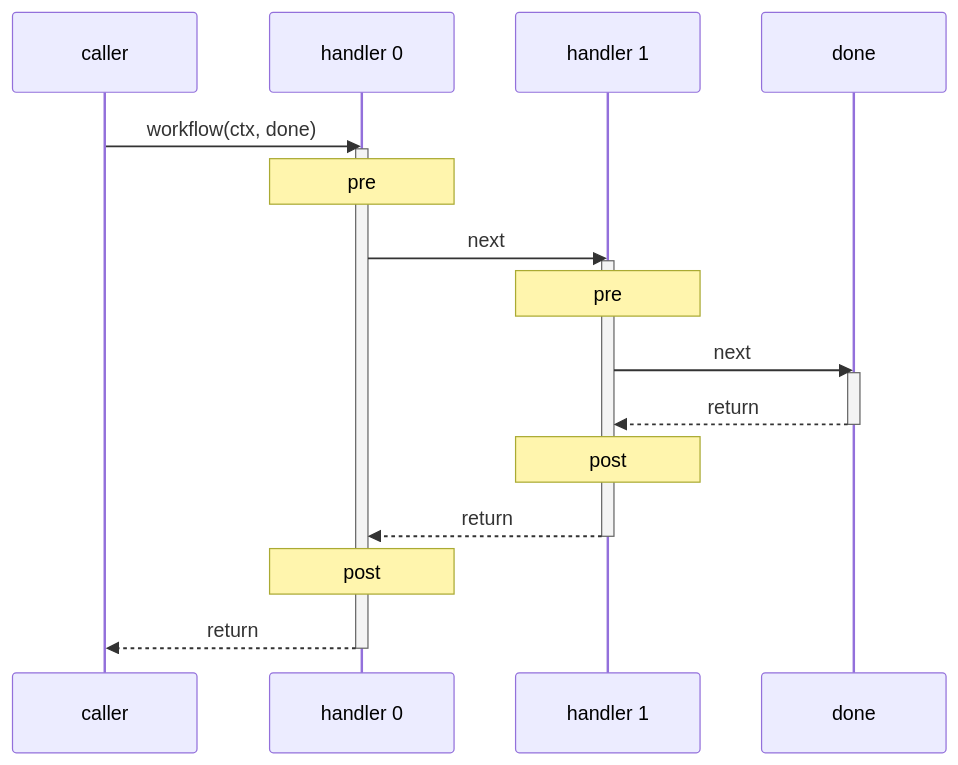
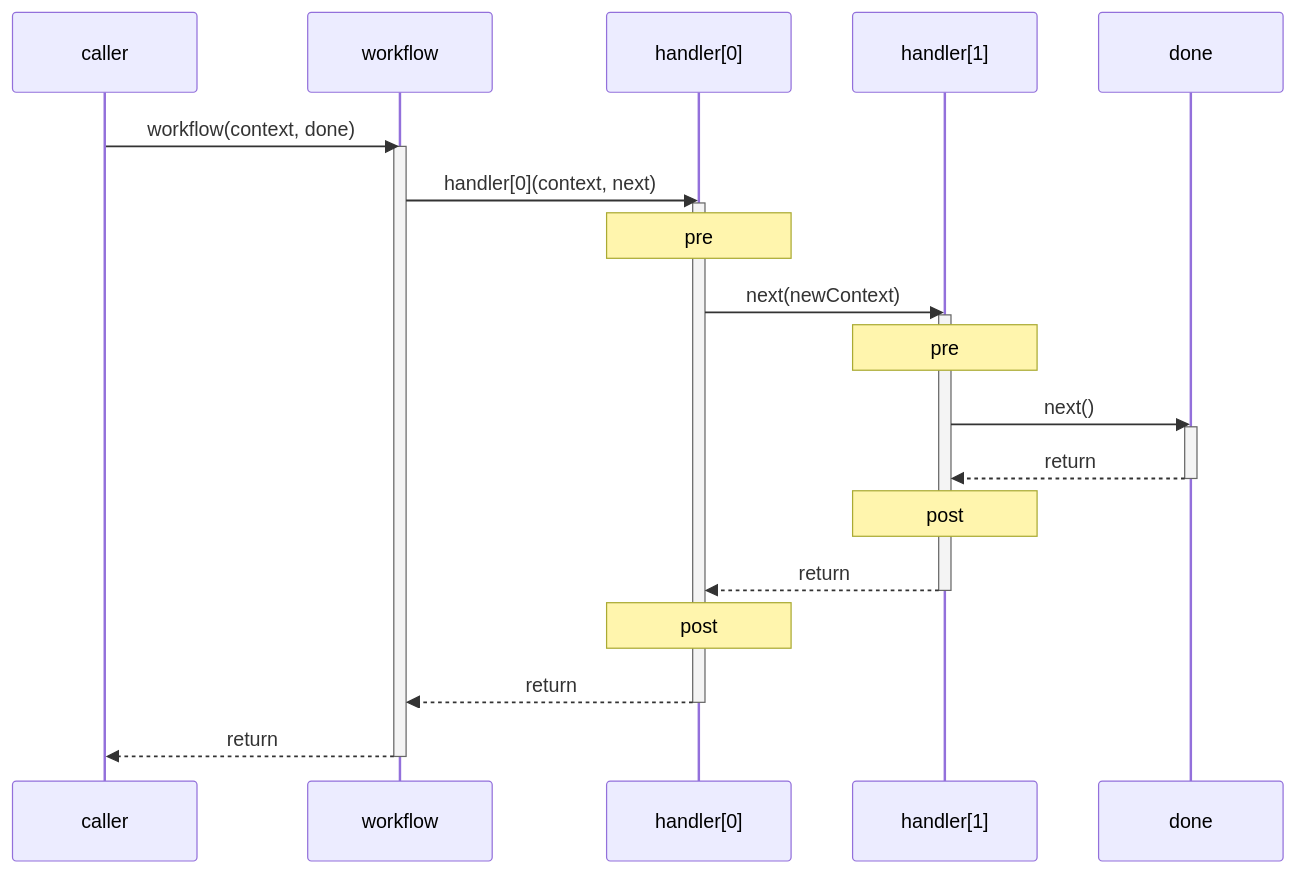
The diagram in packages/compose/README.md (produck/compose), drawn with Mermaid before and after one commit. The commit also changed other lines of this file and 3 other files, not shown here.

Commit message:
@produck/compose: [ADD] next() accepts optional new context for downstream replacement [ADD] <test>: cover context replacement and passthrough scenarios [ADD] <docs>: document context replacement in README, API, and execution flow diagram

````diff
--- a/packages/compose/README.md
+++ b/packages/compose/README.md
@@ -42,24 +42,29 @@
 ```mermaid
 sequenceDiagram
   participant C as caller
-  participant H0 as handler 0
-  participant H1 as handler 1
+  participant W as workflow
+  participant H0 as handler[0]
+  participant H1 as handler[1]
   participant D as done
 
-  C->>H0: workflow(ctx, done)
+  C->>W: workflow(context, done)
+  activate W
+  W->>H0: handler[0](context, next)
   activate H0
   Note over H0: pre
-  H0->>H1: next
+  H0->>H1: next(newContext)
   activate H1
   Note over H1: pre
-  H1->>D: next
+  H1->>D: next()
   activate D
   D-->>H1: return
   deactivate D
   Note over H1: post
   H1-->>H0: return
   deactivate H1
   Note over H0: post
-  H0-->>C: return
+  H0-->>W: return
   deactivate H0
+  W-->>C: return
+  deactivate W
 ```
````
